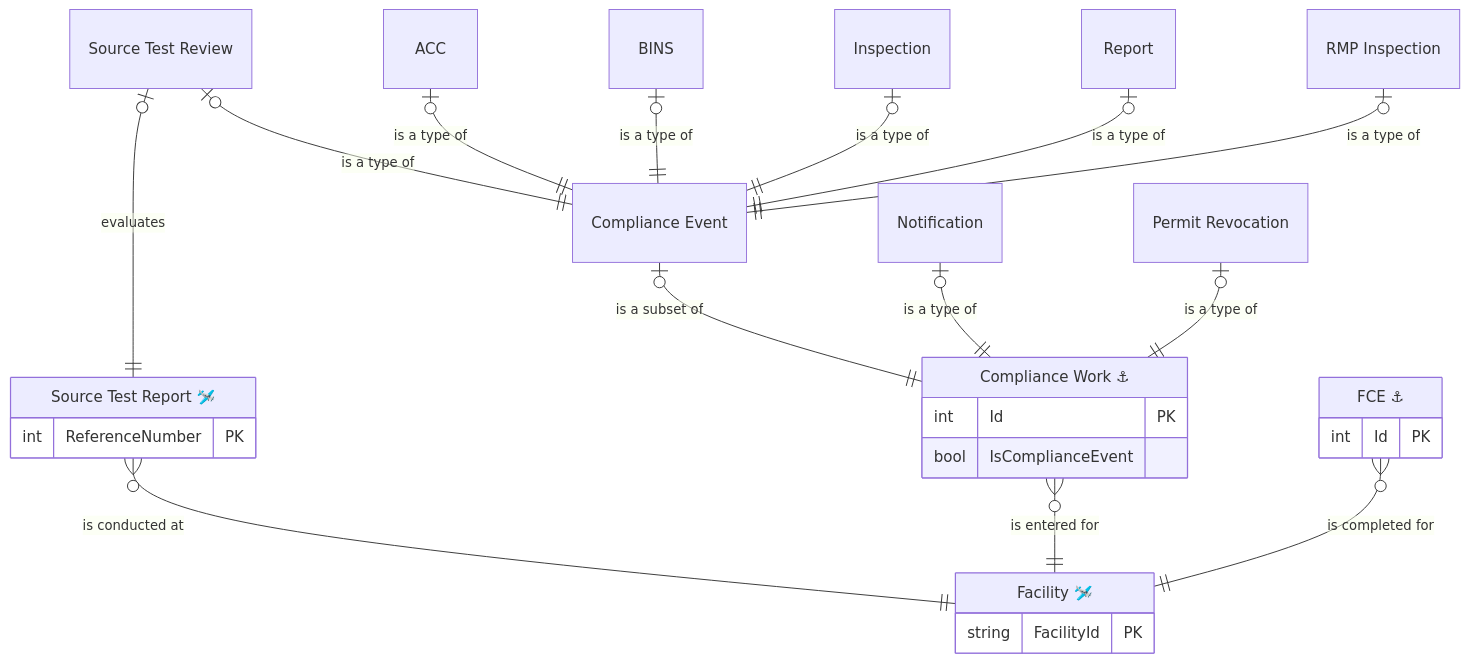
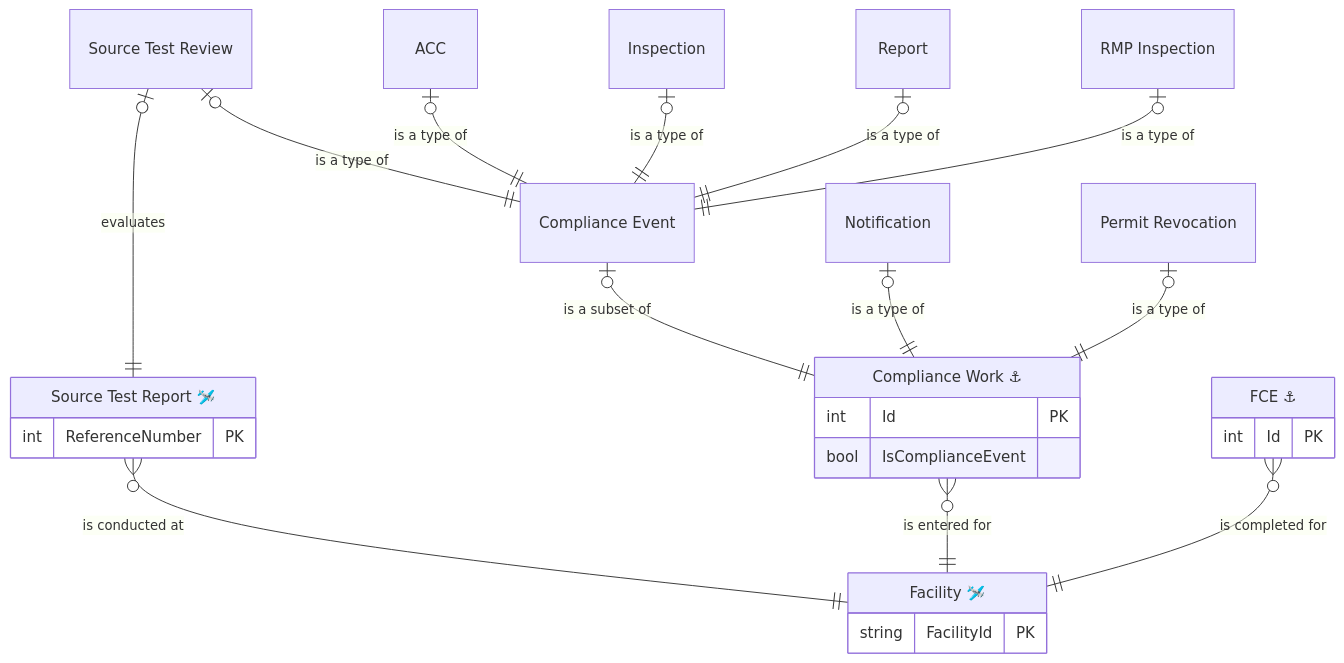
Before and after one commit to gaepdit/air-web: the first of 8 diagrams in docs/Data-entities/Compliance-Monitoring-ERDs.md, drawn with Mermaid. The commit also changed 28 other files, not shown here.

````diff
--- a/docs/Data-entities/Compliance-Monitoring-ERDs.md
+++ b/docs/Data-entities/Compliance-Monitoring-ERDs.md
@@ -5,42 +5,41 @@
 ```mermaid
 erDiagram
     FAC["Facility 🛩️"] {
         string FacilityId PK
     }
 
     TST["Source Test Report 🛩️"] {
         int ReferenceNumber PK
     }
 
     FCE["FCE ⚓"] {
         int Id PK
     }
 
     WRK["Compliance Work ⚓"] {
         int Id PK
         bool IsComplianceEvent
     }
 
     CME["Compliance Event"]
     STR["Source Test Review"]
     ACC["ACC"]
     INS["Inspection"]
     RMP["RMP Inspection"]
     REP["Report"]
     NOT["Notification"]
     REV["Permit Revocation"]
     STR |o--|| CME: "is a type of"
     ACC |o--|| CME: "is a type of"
-    BINS |o--|| CME: "is a type of"
     INS |o--|| CME: "is a type of"
     REP |o--|| CME: "is a type of"
     CME |o--|| WRK: "is a subset of"
     RMP |o--|| CME: "is a type of"
     NOT |o--|| WRK: "is a type of"
     REV |o--|| WRK: "is a type of"
     STR |o--|| TST: "evaluates"
     TST }o--|| FAC: "is conducted at"
     WRK }o--|| FAC: "is entered for"
     FCE }o--|| FAC: "is completed for"
 
 ```
````
